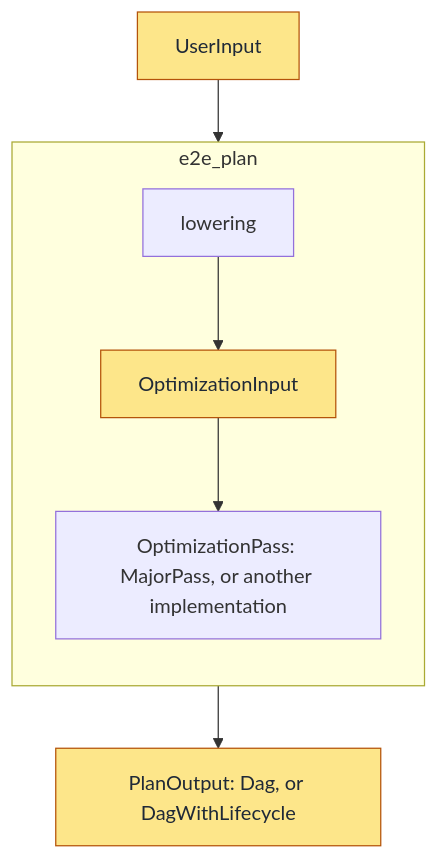
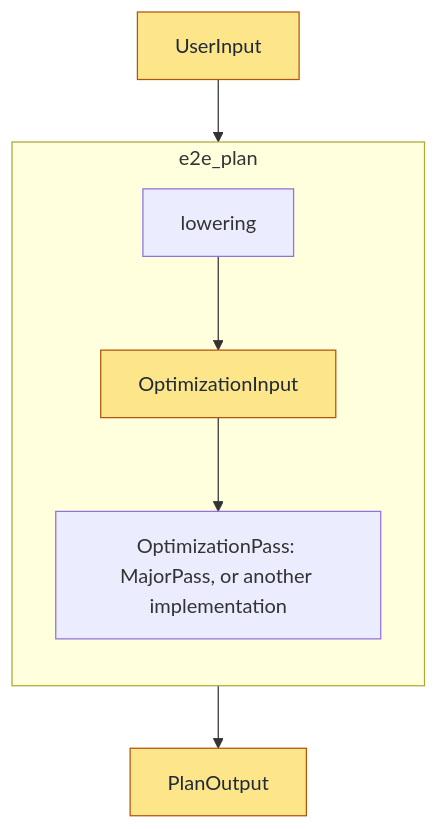
The diagram in docs/design_docs/architecture/updated_interface_with_pluggable_optimization.md (ProjectASAP/ASAPPlanner), drawn with Mermaid before and after one commit. The commit also changed other lines of this file and 5 other files, not shown here.

````diff
--- a/docs/design_docs/architecture/updated_interface_with_pluggable_optimization.md
+++ b/docs/design_docs/architecture/updated_interface_with_pluggable_optimization.md
@@ -38,19 +38,19 @@
 ```mermaid
 flowchart TD
     U["UserInput"]
-    OUT["PlanOutput: Dag, or DagWithLifecycle"]
+    OUT["PlanOutput"]
 
     subgraph e2e_plan
         direction TB
         L["lowering"]
         O["OptimizationInput"]
         PASS["OptimizationPass: MajorPass, or another implementation"]
         L --> O --> PASS
     end
 
     U --> L
     PASS --> OUT
 
     classDef data fill:#fde68a,stroke:#b45309,color:#1f2937
     class U,O,OUT data
 ```
````
